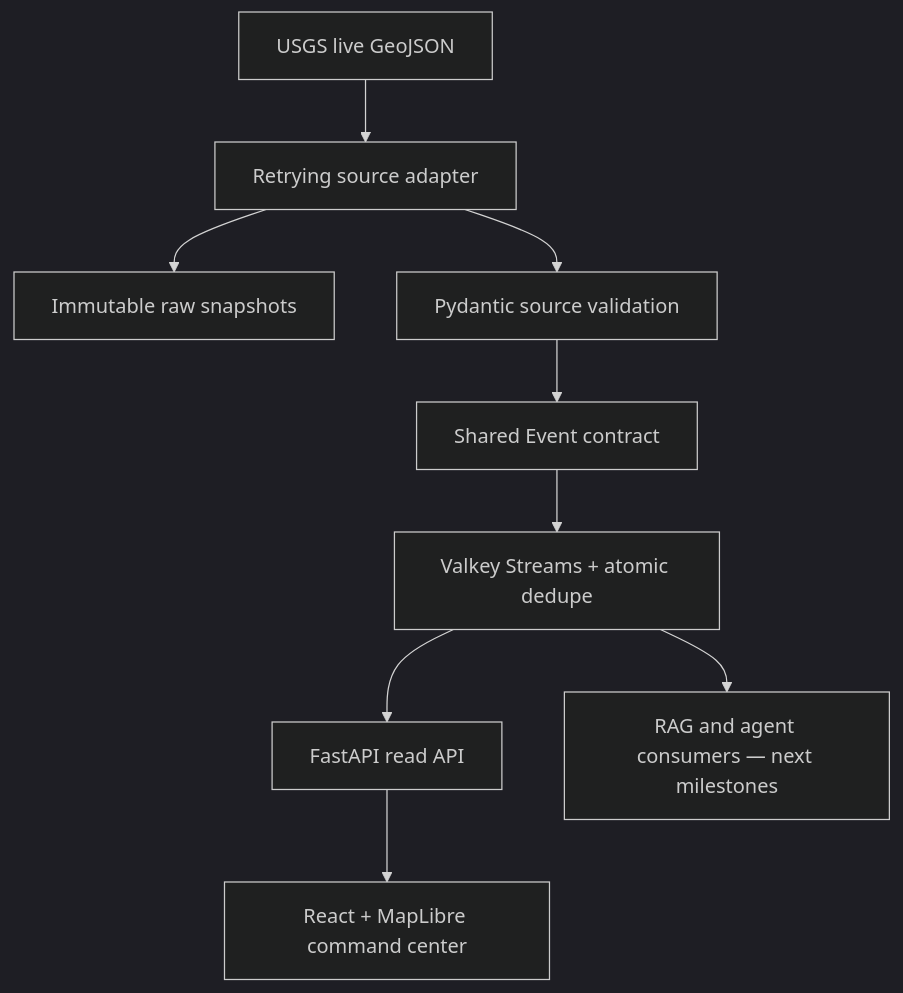
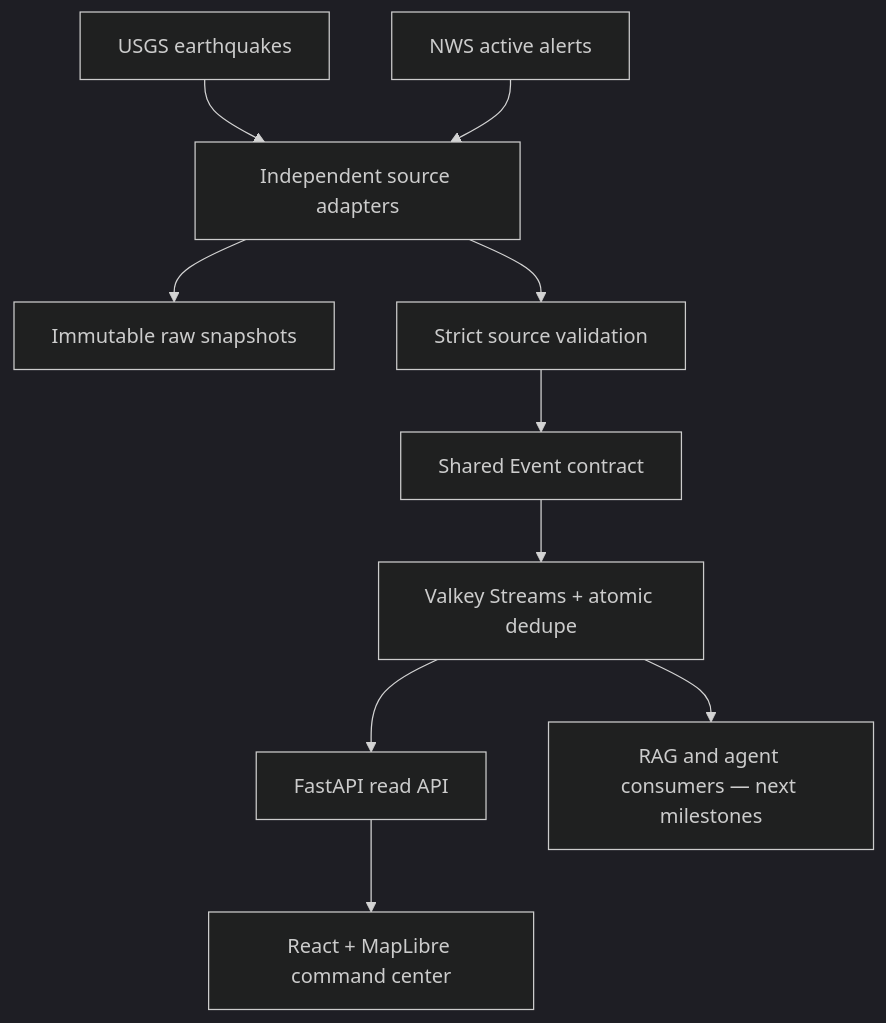
The diagram in README.md (Thivas12/atlas-pulse), drawn with Mermaid (dark theme) before and after one commit. The commit also changed other lines of this file and 35 other files, not shown here.

First line of the commit message:
feat: add live NWS multi-source disruption map (#14)

````diff
--- a/README.md
+++ b/README.md
@@ -32,11 +32,12 @@
 ```mermaid
 flowchart TD
-    USGS["USGS live GeoJSON"] --> Fetch["Retrying source adapter"]
-    Fetch --> Raw["Immutable raw snapshots"]
-    Fetch --> Validate["Pydantic source validation"]
+    USGS["USGS earthquakes"] --> Adapters["Independent source adapters"]
+    NWS["NWS active alerts"] --> Adapters
+    Adapters --> Raw["Immutable raw snapshots"]
+    Adapters --> Validate["Strict source validation"]
     Validate --> Contract["Shared Event contract"]
     Contract --> Stream["Valkey Streams + atomic dedupe"]
     Stream --> API["FastAPI read API"]
     API --> Web["React + MapLibre command center"]
     Stream --> Agents["RAG and agent consumers — next milestones"]
 ```
````
